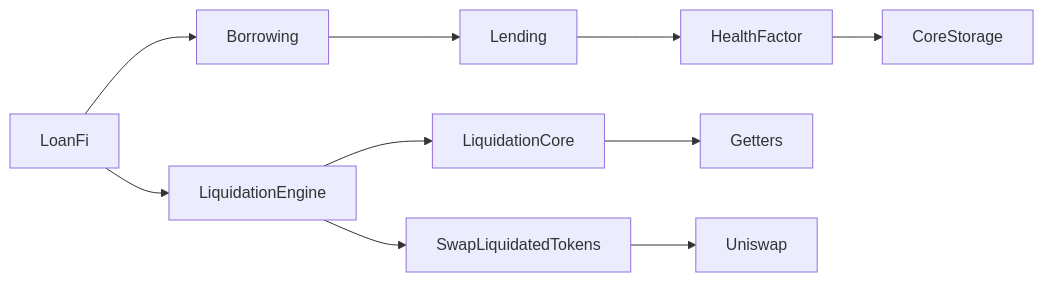
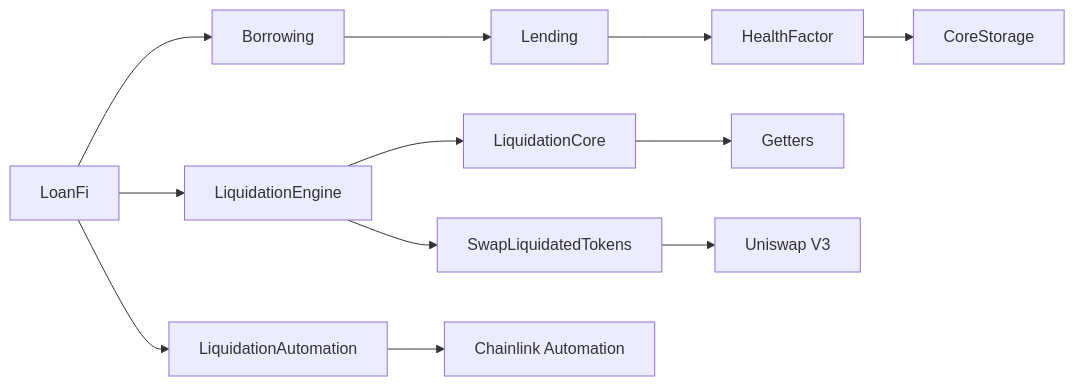
One commit to SquilliamX/LoanFi-Protocol changed the diagram in README.md. Above: the diagram before and after it, drawn with Mermaid.

Commit message:
Refactor README.md to enhance protocol architecture diagram
- Updated the protocol architecture visualization to a more modular flowchart format, improving clarity and understanding of the LoanFi Protocol's components.
- Introduced distinct nodes for each component, emphasizing the relationships and interactions within the architecture, including LiquidationAutomation and Uniswap V3 integration.

````diff
--- a/README.md
+++ b/README.md
@@ -69,14 +69,14 @@
 ```mermaid
 graph LR
-    LoanFi --> Borrowing
-    Borrowing --> Lending
-    Lending --> HealthFactor
-    HealthFactor --> CoreStorage
-    
-    LoanFi --> LiquidationEngine
-    LiquidationEngine --> LiquidationCore
-    LiquidationCore --> Getters
-    
-    LiquidationEngine --> SwapLiquidatedTokens
-    SwapLiquidatedTokens --> Uniswap
+    A[LoanFi] --> B[Borrowing]
+    B --> C[Lending]
+    C --> D[HealthFactor]
+    D --> E[CoreStorage]
+    A --> F[LiquidationEngine]
+    F --> G[LiquidationCore]
+    G --> H[Getters]
+    A --> I[LiquidationAutomation]
+    I --> J[Chainlink Automation]
+    F --> K[SwapLiquidatedTokens]
+    K --> L[Uniswap V3]
 ```
````
